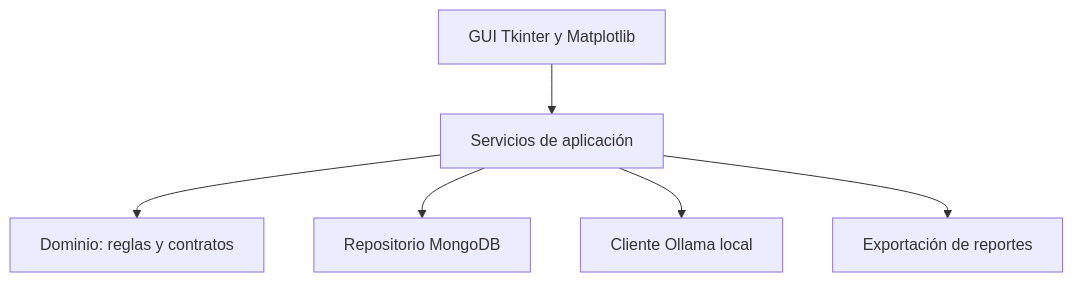
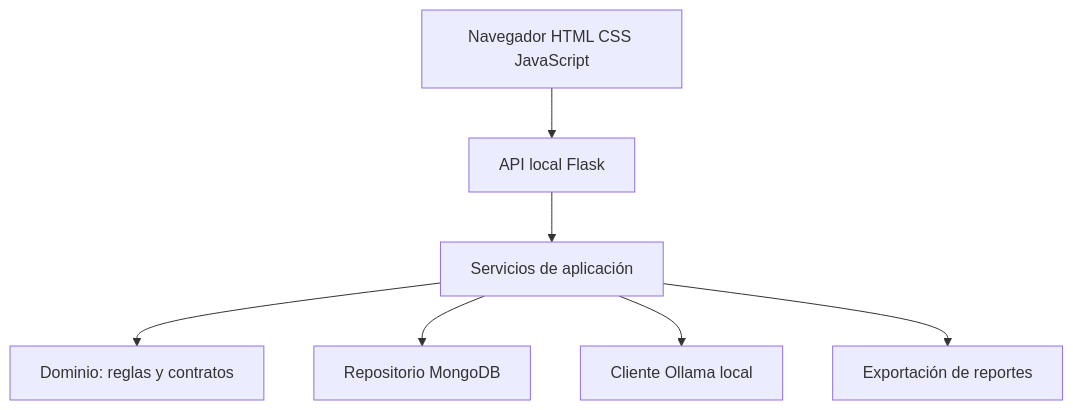
Before and after one commit to Einar-520/Practicas-Fundamentos_IA: the diagram in examen-llm-logistica/docs/INFORME_TECNICO.md, drawn with Mermaid. The commit also changed other lines of this file and 28 other files, not shown here.

````diff
--- a/examen-llm-logistica/docs/INFORME_TECNICO.md
+++ b/examen-llm-logistica/docs/INFORME_TECNICO.md
@@ -49,8 +49,9 @@
 ```mermaid
 flowchart TD
-    U["GUI Tkinter y Matplotlib"] --> S["Servicios de aplicación"]
+    U["Navegador HTML CSS JavaScript"] --> W["API local Flask"]
+    W --> S["Servicios de aplicación"]
     S --> D["Dominio: reglas y contratos"]
     S --> M["Repositorio MongoDB"]
     S --> L["Cliente Ollama local"]
     S --> R["Exportación de reportes"]
 ```
````
